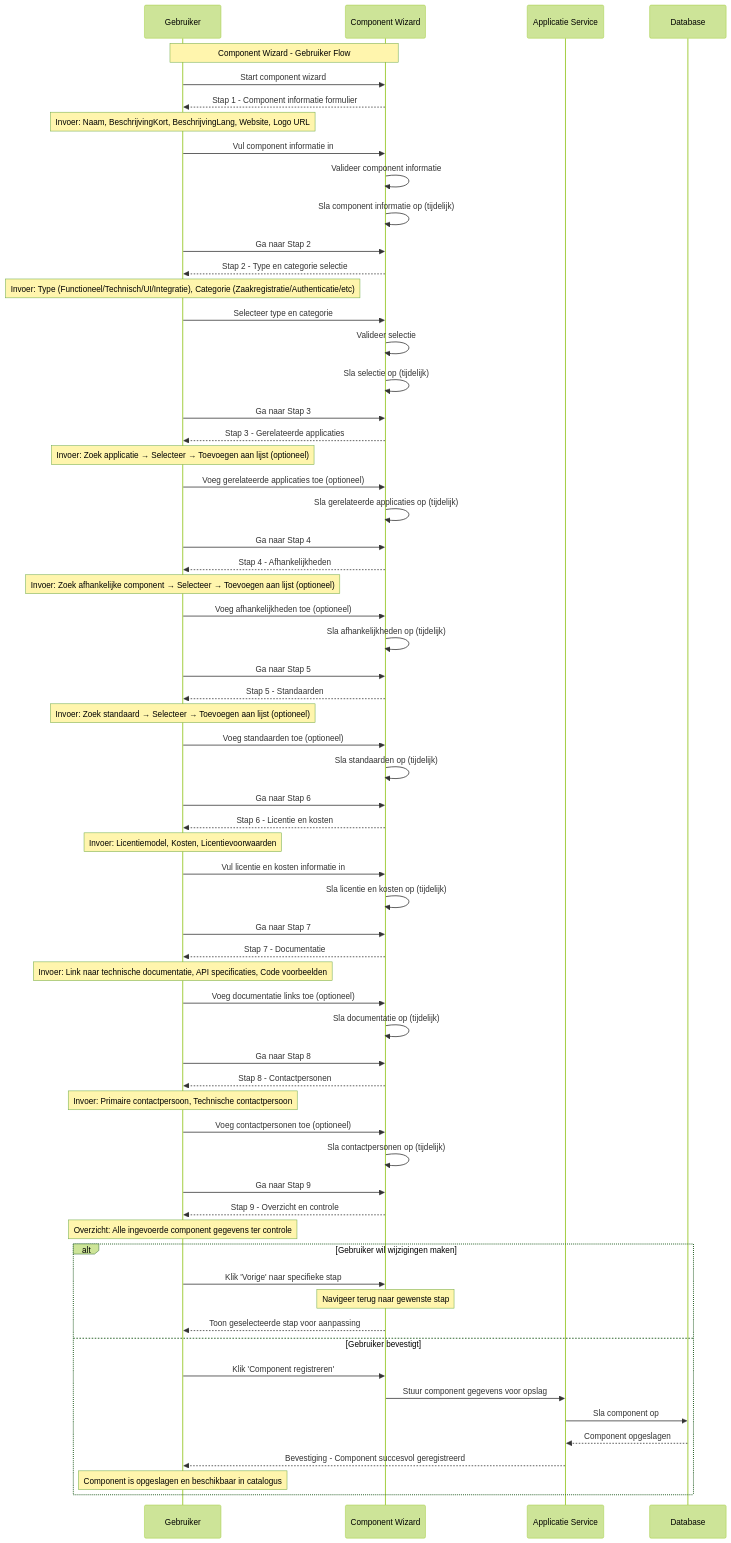
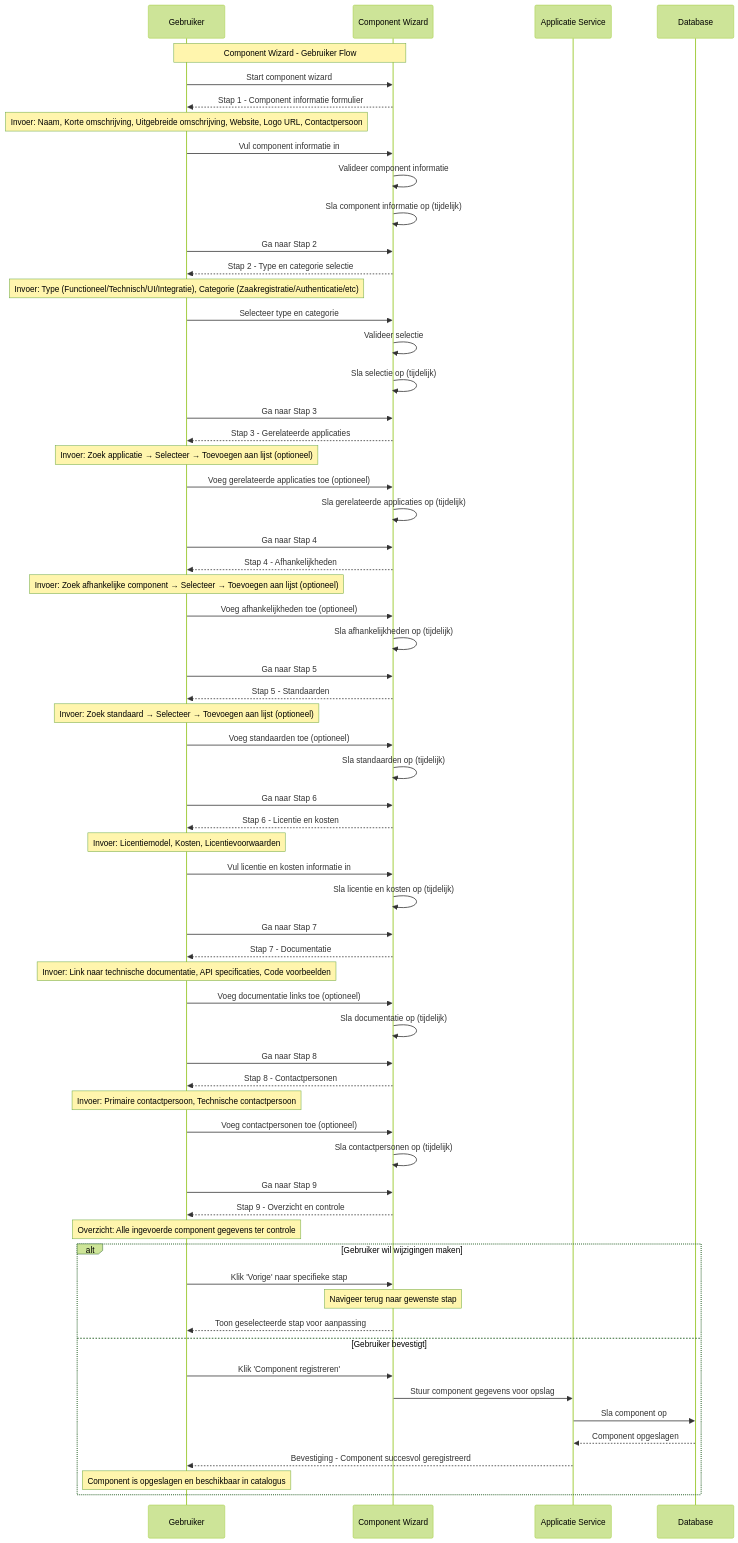
Before and after one commit to VNG-Realisatie/Softwarecatalogus: the diagram in website/docs/Concepten/K007-component.md, drawn with Mermaid (forest theme). The commit also changed other lines of this file and 10 other files, not shown here.

```diff
--- a/website/docs/Concepten/K007-component.md
+++ b/website/docs/Concepten/K007-component.md
@@ -185,7 +107,7 @@
     %% Stap 1: Component Informatie
     U->>W: Start component wizard
     W-->>U: Stap 1 - Component informatie formulier
-    Note over U: Invoer: Naam, BeschrijvingKort, BeschrijvingLang, Website, Logo URL
+    Note over U: Invoer: Naam, Korte omschrijving, Uitgebreide omschrijving, Website, Logo URL, Contactpersoon
     U->>W: Vul component informatie in
     W->>W: Valideer component informatie
     W->>W: Sla component informatie op (tijdelijk)
```
